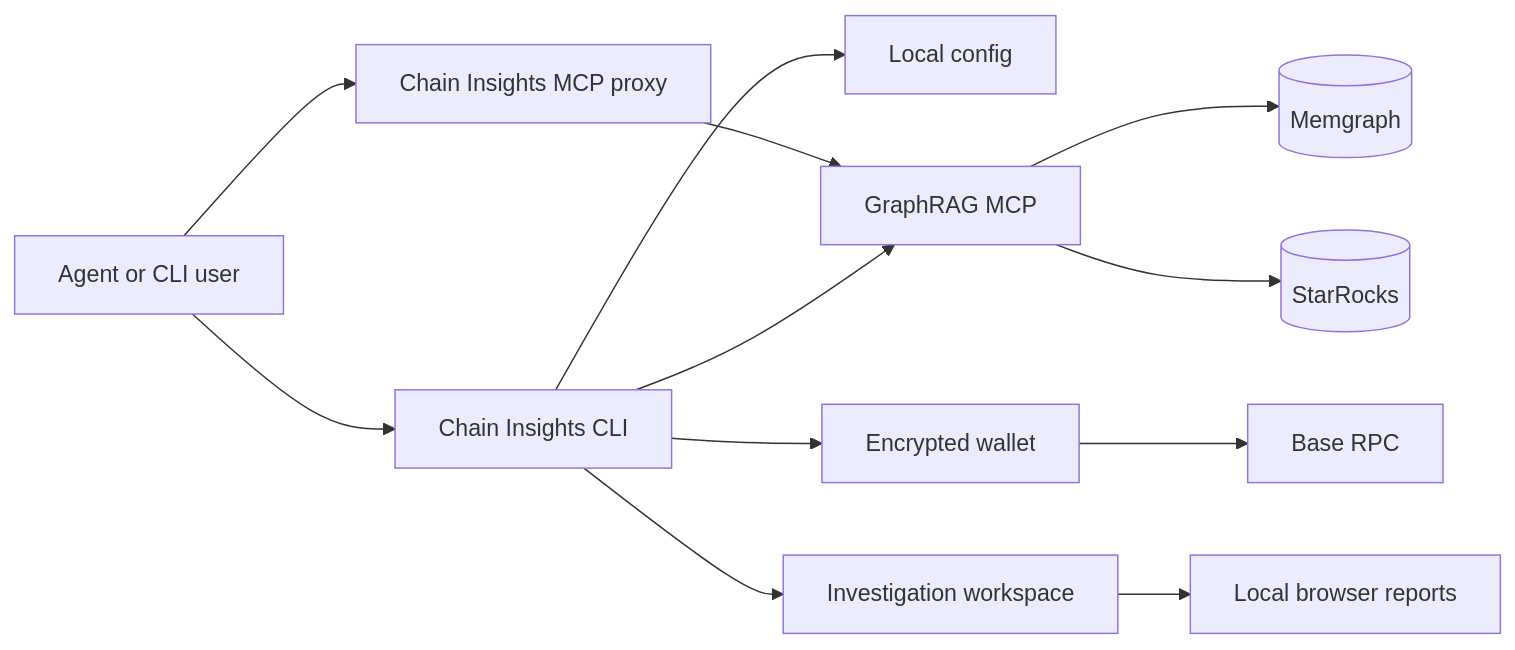
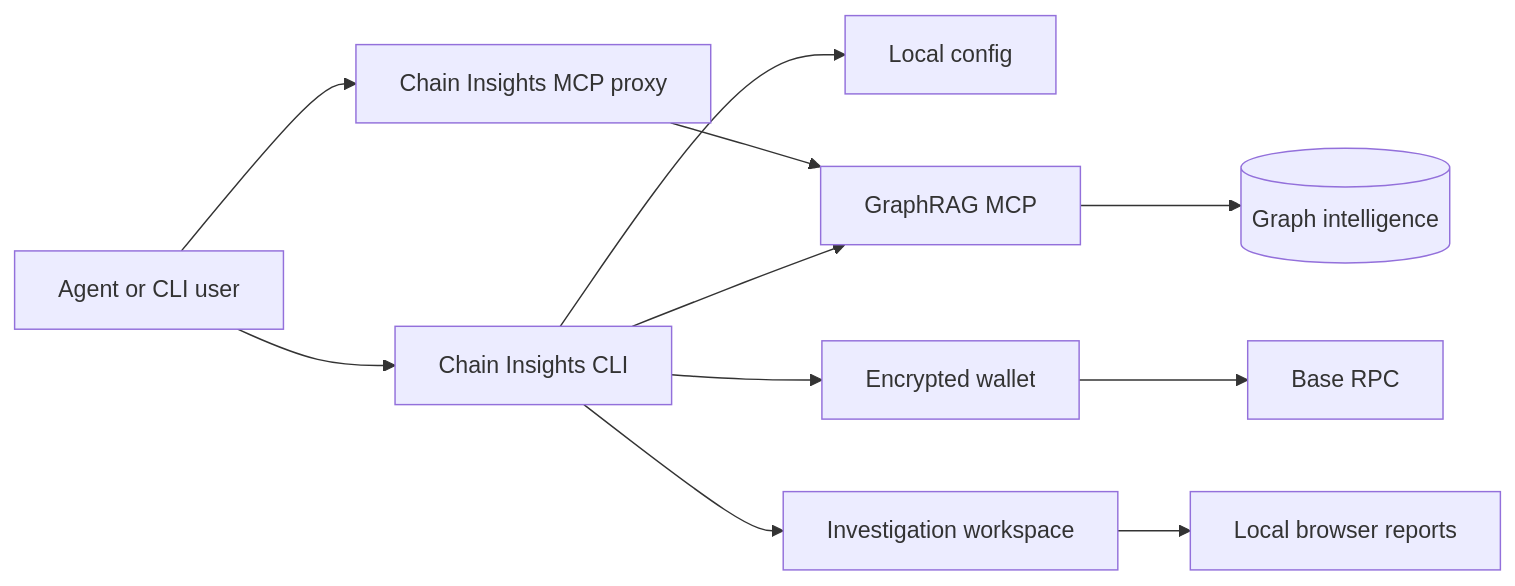
Before and after one commit to chainswarm/chain-insights: the diagram in docs/architecture.md, drawn with Mermaid. The commit also changed 20 other files, not shown here.

````diff
--- a/docs/architecture.md
+++ b/docs/architecture.md
@@ -9,14 +9,13 @@
 ```mermaid
 flowchart LR
   Agent[Agent or CLI user] --> Proxy[Chain Insights MCP proxy]
   Agent --> CLI[Chain Insights CLI]
   CLI --> Config[Local config]
   CLI --> Wallet[Encrypted wallet]
   CLI --> Workspace[Investigation workspace]
   Proxy --> GraphMCP[GraphRAG MCP]
   CLI --> GraphMCP
-  GraphMCP --> Memgraph[(Memgraph)]
-  GraphMCP --> StarRocks[(StarRocks)]
+  GraphMCP --> GraphData[(Graph intelligence)]
   Wallet --> Base[Base RPC]
   Workspace --> Browser[Local browser reports]
 ```
````
